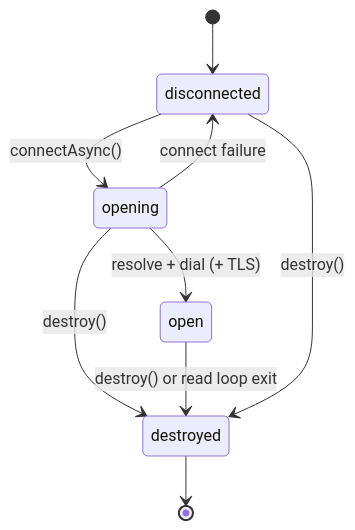
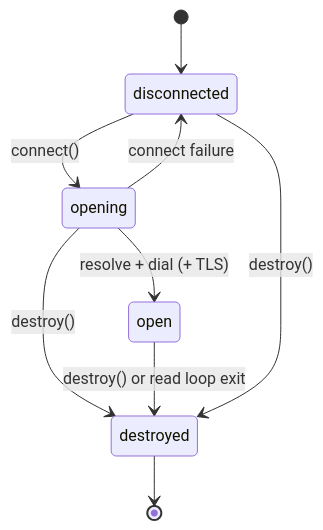
One commit to grafana/xk6-tcp changed the second of 3 diagrams in docs/architecture.md. Above: the diagram before and after it, drawn with Mermaid. The commit also changed other lines of this file and 28 other files, not shown here.

````diff
--- a/docs/architecture.md
+++ b/docs/architecture.md
@@ -123,11 +123,11 @@
 ```mermaid
 stateDiagram-v2
     [*] --> disconnected
-    disconnected --> opening: connectAsync()
+    disconnected --> opening: connect()
     opening --> open: resolve + dial (+ TLS)
     opening --> disconnected: connect failure
     opening --> destroyed: destroy()
     open --> destroyed: destroy() or read loop exit
     disconnected --> destroyed: destroy()
     destroyed --> [*]
 ```
````
